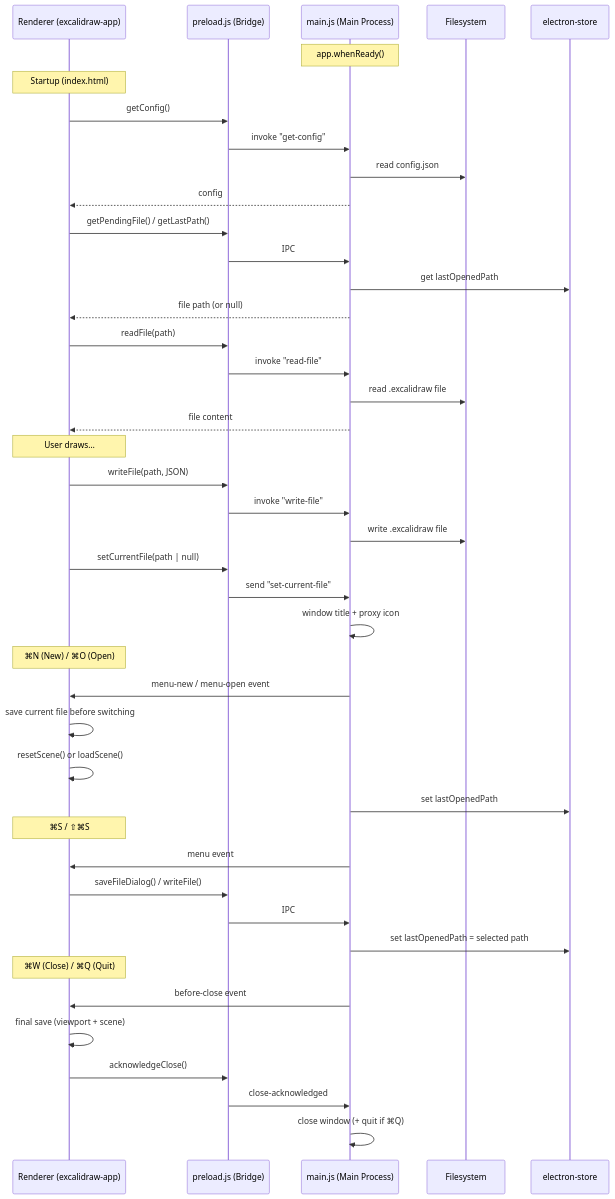
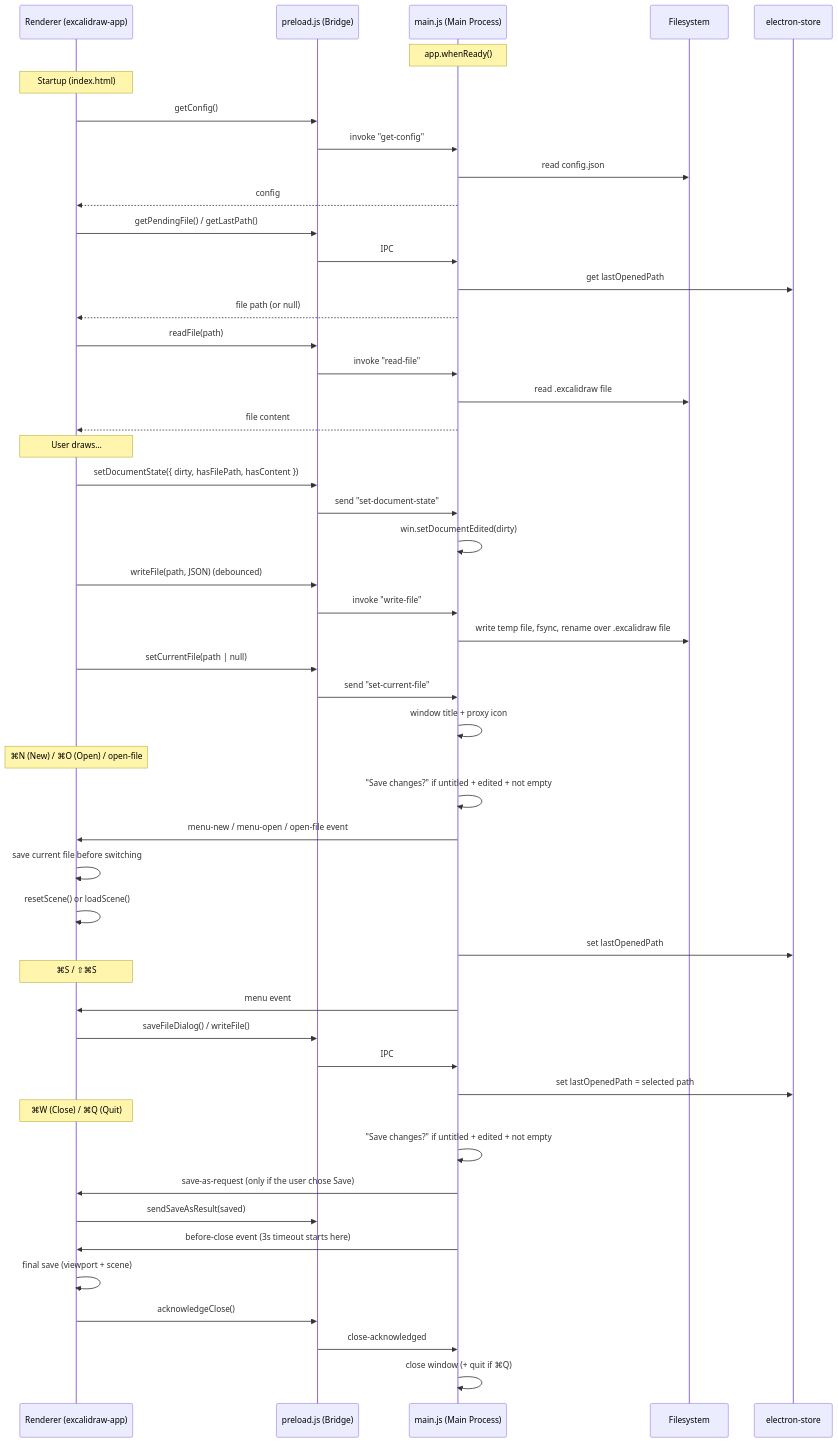
One commit to gerkoh/excalidraw-mac changed the diagram in README.md. Above: the diagram before and after it, drawn with Mermaid. The commit also changed other lines of this file, not shown here.

Commit message:
Document atomic saves, unsaved-changes prompt, auto-save and link handling

````diff
--- a/README.md
+++ b/README.md
@@ -40,55 +40,62 @@
 ```mermaid
 sequenceDiagram
     participant App as Renderer (excalidraw-app)
     participant Preload as preload.js (Bridge)
     participant Main as main.js (Main Process)
     participant FS as Filesystem
     participant Store as electron-store
 
     Note over Main: app.whenReady()
 
     Note over App: Startup (index.html)
     App->>Preload: getConfig()
     Preload->>Main: invoke "get-config"
     Main->>FS: read config.json
     Main-->>App: config
 
     App->>Preload: getPendingFile() / getLastPath()
     Preload->>Main: IPC
     Main->>Store: get lastOpenedPath
     Main-->>App: file path (or null)
 
     App->>Preload: readFile(path)
     Preload->>Main: invoke "read-file"
     Main->>FS: read .excalidraw file
     Main-->>App: file content
 
     Note over App: User draws…
-    App->>Preload: writeFile(path, JSON)
+    App->>Preload: setDocumentState({ dirty, hasFilePath, hasContent })
+    Preload->>Main: send "set-document-state"
+    Main->>Main: win.setDocumentEdited(dirty)
+    App->>Preload: writeFile(path, JSON) (debounced)
     Preload->>Main: invoke "write-file"
-    Main->>FS: write .excalidraw file
+    Main->>FS: write temp file, fsync, rename over .excalidraw file
 
     App->>Preload: setCurrentFile(path | null)
     Preload->>Main: send "set-current-file"
     Main->>Main: window title + proxy icon
 
-    Note over App: ⌘N (New) / ⌘O (Open)
-    Main->>App: menu-new / menu-open event
+    Note over App: ⌘N (New) / ⌘O (Open) / open-file
+    Main->>Main: "Save changes?" if untitled + edited + not empty
+    Main->>App: menu-new / menu-open / open-file event
     App->>App: save current file before switching
     App->>App: resetScene() or loadScene()
     Main->>Store: set lastOpenedPath
 
     Note over App: ⌘S / ⇧⌘S
     Main->>App: menu event
     App->>Preload: saveFileDialog() / writeFile()
     Preload->>Main: IPC
     Main->>Store: set lastOpenedPath = selected path
 
     Note over App: ⌘W (Close) / ⌘Q (Quit)
-    Main->>App: before-close event
+    Main->>Main: "Save changes?" if untitled + edited + not empty
+    Main->>App: save-as-request (only if the user chose Save)
+    App->>Preload: sendSaveAsResult(saved)
+    Main->>App: before-close event (3s timeout starts here)
     App->>App: final save (viewport + scene)
     App->>Preload: acknowledgeClose()
     Preload->>Main: close-acknowledged
     Main->>Main: close window (+ quit if ⌘Q)
 
 ```
````
